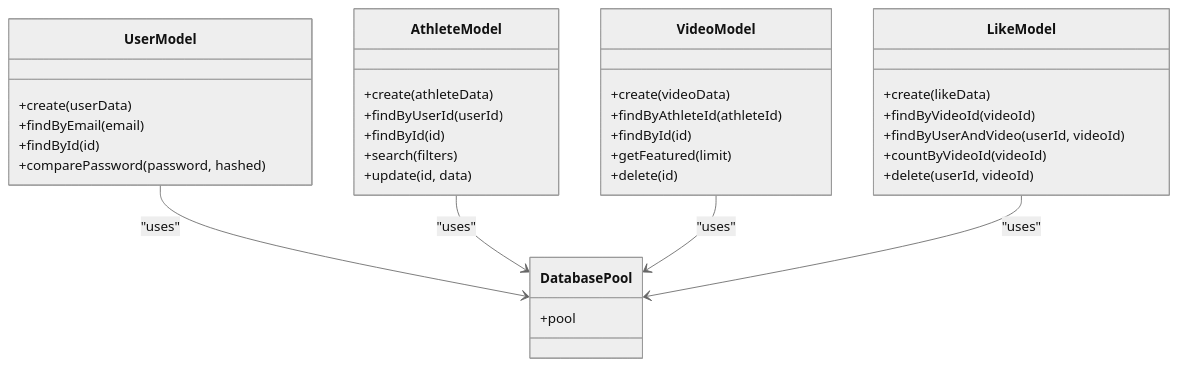
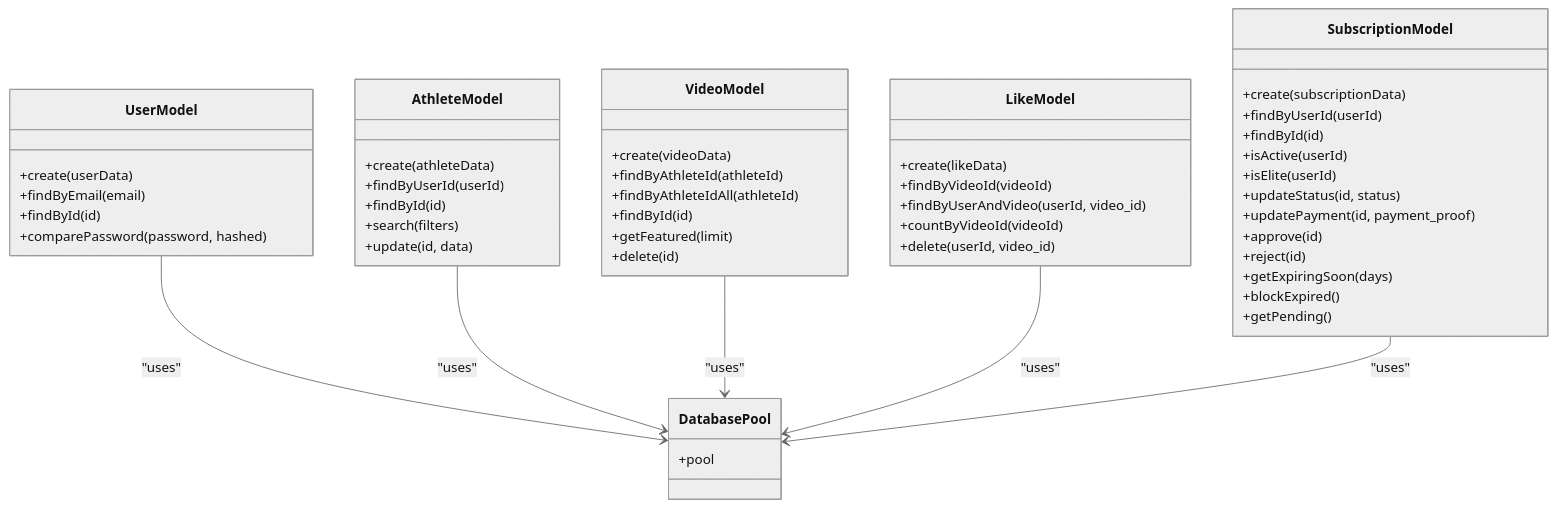
The ninth of 12 diagrams in .qoder/repowiki/en/content/Architecture Overview/Backend Architecture.md (Alexandrexicara/craque-vision), drawn with Mermaid (neutral theme) before and after one commit. The commit also changed other lines of this file and 10 other files, not shown here.

````diff
--- a/.qoder/repowiki/en/content/Architecture Overview/Backend Architecture.md
+++ b/.qoder/repowiki/en/content/Architecture Overview/Backend Architecture.md
@@ -378,37 +464,53 @@
 ```mermaid
 classDiagram
 class DatabasePool {
 +pool
 }
 class UserModel {
 +create(userData)
 +findByEmail(email)
 +findById(id)
 +comparePassword(password, hashed)
 }
 class AthleteModel {
 +create(athleteData)
 +findByUserId(userId)
 +findById(id)
 +search(filters)
 +update(id, data)
 }
 class VideoModel {
 +create(videoData)
 +findByAthleteId(athleteId)
++findByAthleteIdAll(athleteId)
 +findById(id)
 +getFeatured(limit)
 +delete(id)
 }
 class LikeModel {
 +create(likeData)
 +findByVideoId(videoId)
-+findByUserAndVideo(userId, videoId)
++findByUserAndVideo(userId, video_id)
 +countByVideoId(videoId)
-+delete(userId, videoId)
++delete(userId, video_id)
+}
+class SubscriptionModel {
++create(subscriptionData)
++findByUserId(userId)
++findById(id)
++isActive(userId)
++isElite(userId)
++updateStatus(id, status)
++updatePayment(id, payment_proof)
++approve(id)
++reject(id)
++getExpiringSoon(days)
++blockExpired()
++getPending()
 }
 UserModel --> DatabasePool : "uses"
 AthleteModel --> DatabasePool : "uses"
 VideoModel --> DatabasePool : "uses"
 LikeModel --> DatabasePool : "uses"
+SubscriptionModel --> DatabasePool : "uses"
 ```
````
